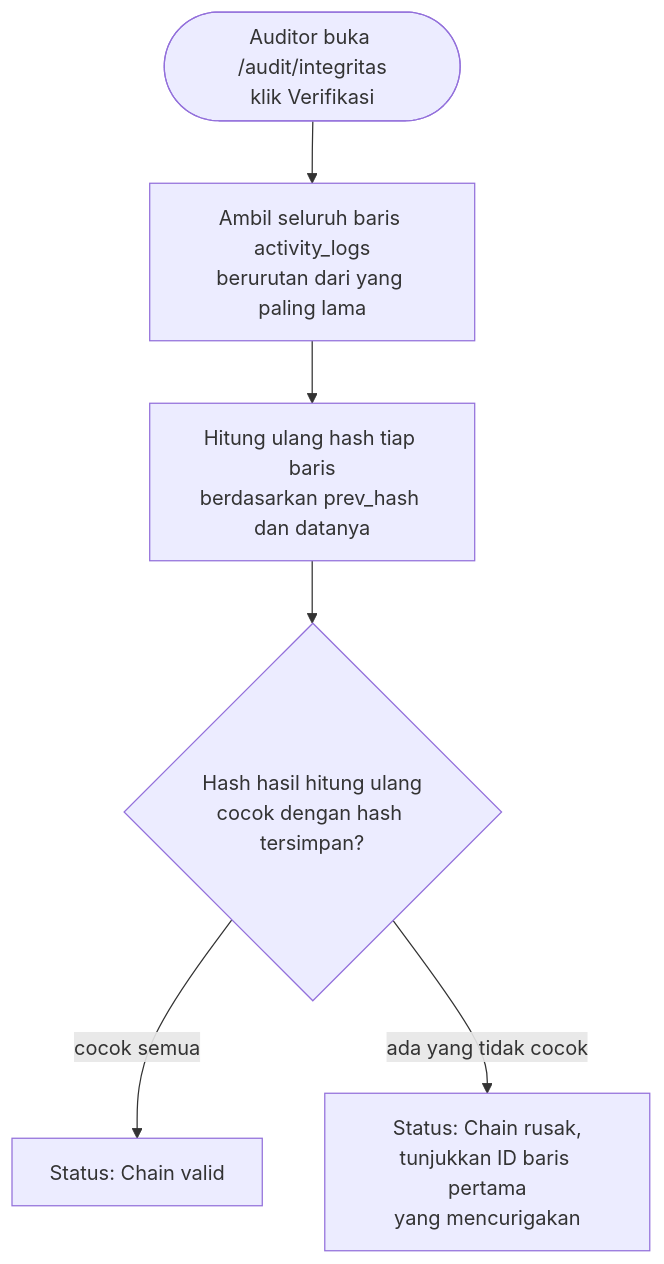
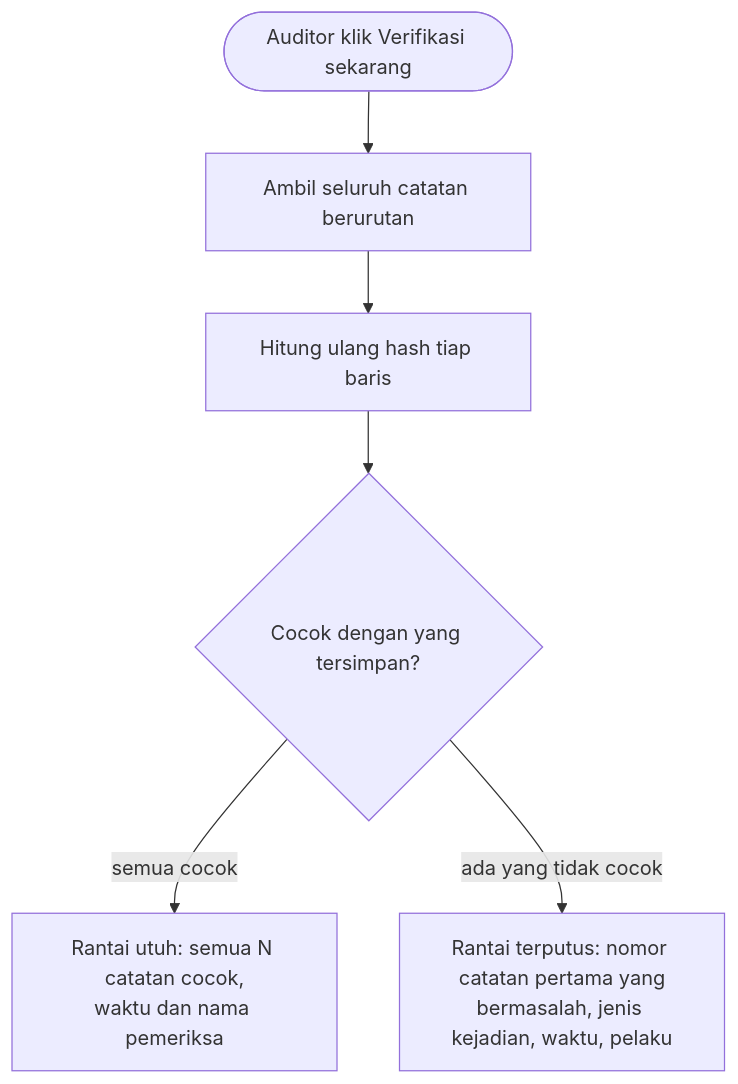
The eighth of 12 diagrams in docs/ALUR_KERJA.md (muhammad-rapi/sidona), drawn with Mermaid before and after one commit. The commit also changed other lines of this file and 2 other files, not shown here.

````diff
--- a/docs/ALUR_KERJA.md
+++ b/docs/ALUR_KERJA.md
@@ -155,8 +190,8 @@
 ```mermaid
 flowchart TD
-    A([Auditor buka /audit/integritas\nklik Verifikasi]) --> B[Ambil seluruh baris activity_logs\nberurutan dari yang paling lama]
-    B --> C[Hitung ulang hash tiap baris\nberdasarkan prev_hash dan datanya]
-    C --> D{Hash hasil hitung ulang\ncocok dengan hash tersimpan?}
-    D -->|cocok semua| E[Status: Chain valid]
-    D -->|ada yang tidak cocok| F[Status: Chain rusak,\ntunjukkan ID baris pertama\nyang mencurigakan]
+    A([Auditor klik Verifikasi sekarang]) --> B[Ambil seluruh catatan berurutan]
+    B --> C[Hitung ulang hash tiap baris]
+    C --> D{Cocok dengan yang tersimpan?}
+    D -->|semua cocok| E[Rantai utuh: semua N catatan cocok,\nwaktu dan nama pemeriksa]
+    D -->|ada yang tidak cocok| F[Rantai terputus: nomor catatan pertama yang\nbermasalah, jenis kejadian, waktu, pelaku]
 ```
````
